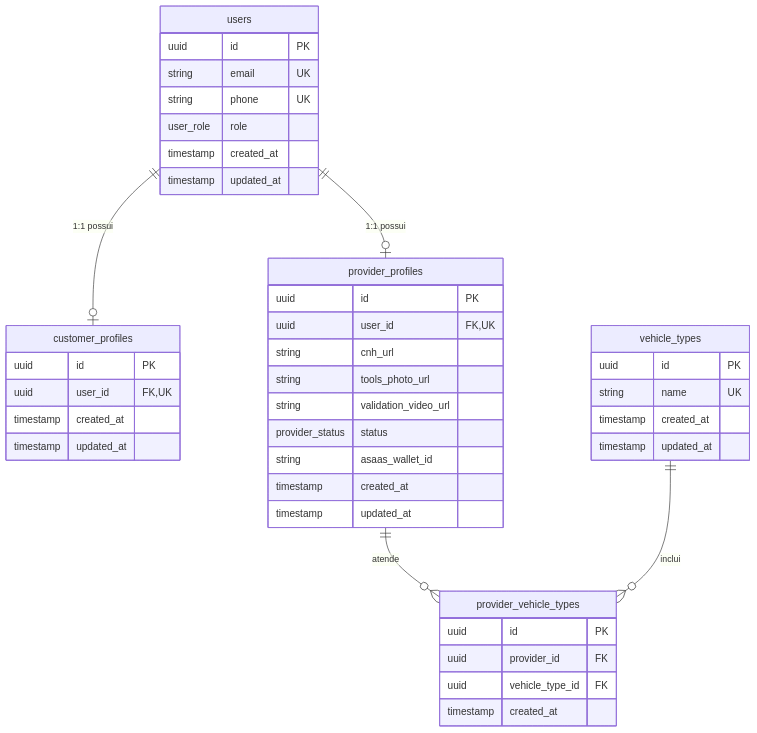
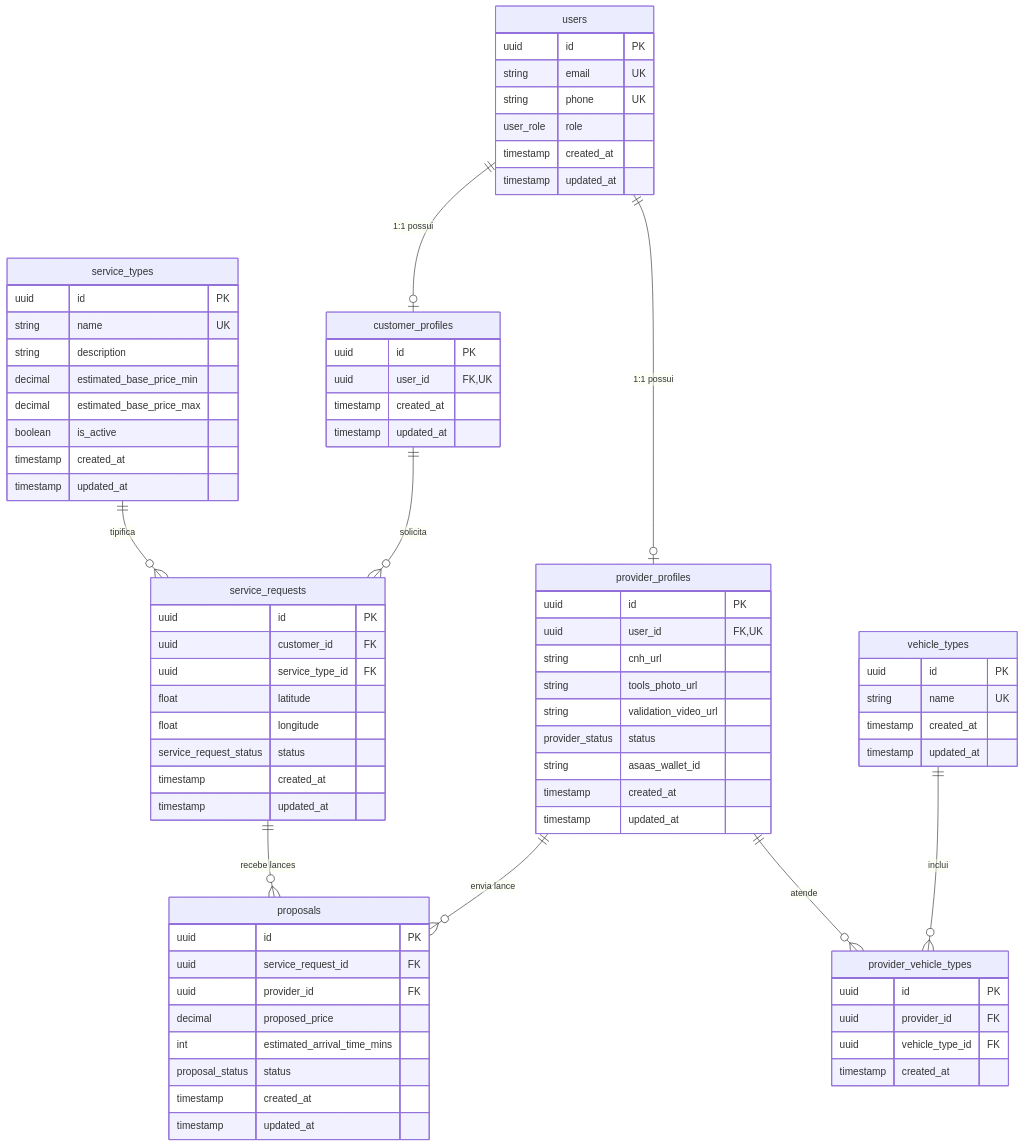
Before and after one commit to hojegrk-code/borracharia: the first of 3 diagrams in docs/DATA_MODEL.md, drawn with Mermaid. The commit also changed other lines of this file and 4 other files, not shown here.

Commit message:
feat(data-model): add operational flow with services, requests, proposals, and dynamic pricing (BIA-ENG-003)

````diff
--- a/docs/DATA_MODEL.md
+++ b/docs/DATA_MODEL.md
@@ -16,6 +19,10 @@
     users ||--o| provider_profiles : "1:1 possui"
     provider_profiles ||--o{ provider_vehicle_types : "atende"
     vehicle_types ||--o{ provider_vehicle_types : "inclui"
+    service_types ||--o{ service_requests : "tipifica"
+    customer_profiles ||--o{ service_requests : "solicita"
+    service_requests ||--o{ proposals : "recebe lances"
+    provider_profiles ||--o{ proposals : "envia lance"
 
     users {
         uuid id PK
@@ -58,4 +65,37 @@
         uuid vehicle_type_id FK
         timestamp created_at
     }
+
+    service_types {
+        uuid id PK
+        string name UK
+        string description
+        decimal estimated_base_price_min
+        decimal estimated_base_price_max
+        boolean is_active
+        timestamp created_at
+        timestamp updated_at
+    }
+
+    service_requests {
+        uuid id PK
+        uuid customer_id FK
+        uuid service_type_id FK
+        float latitude
+        float longitude
+        service_request_status status
+        timestamp created_at
+        timestamp updated_at
+    }
+
+    proposals {
+        uuid id PK
+        uuid service_request_id FK
+        uuid provider_id FK
+        decimal proposed_price
+        int estimated_arrival_time_mins
+        proposal_status status
+        timestamp created_at
+        timestamp updated_at
+    }
 ```
````
